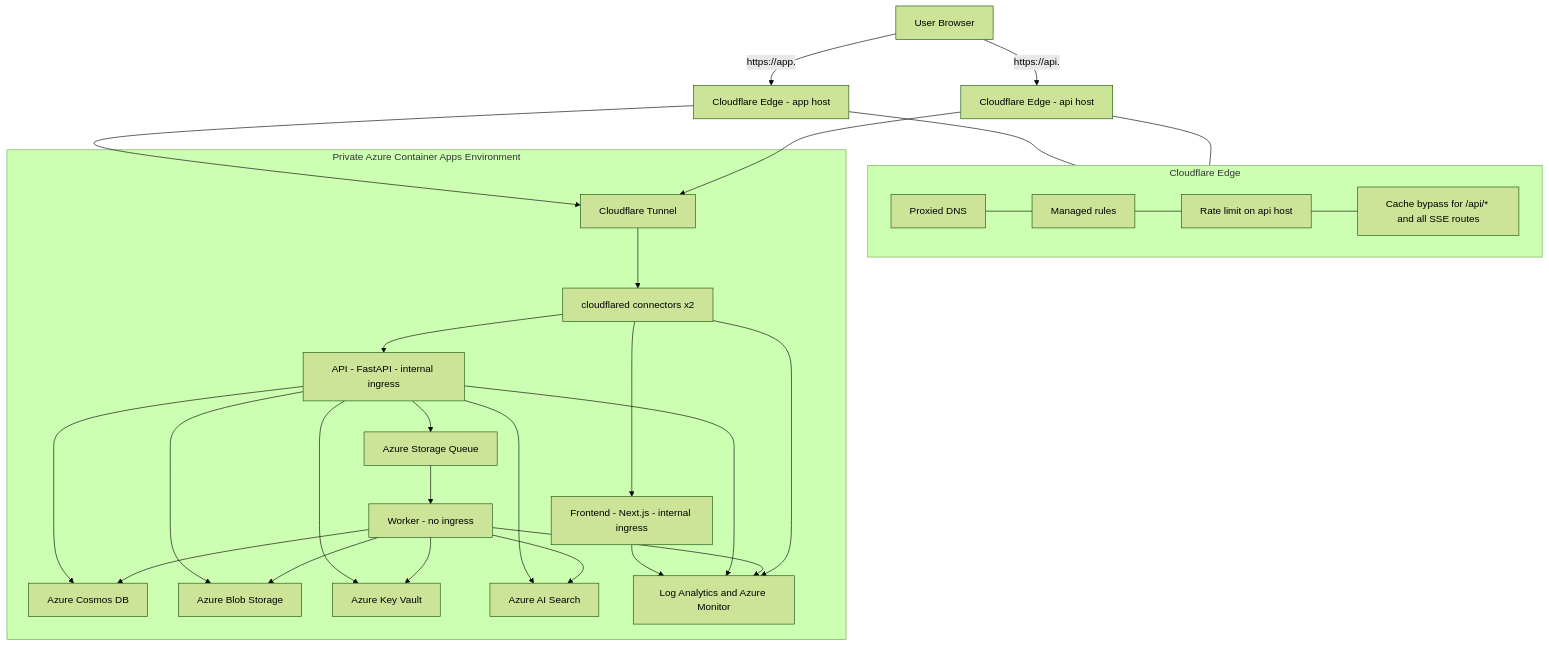
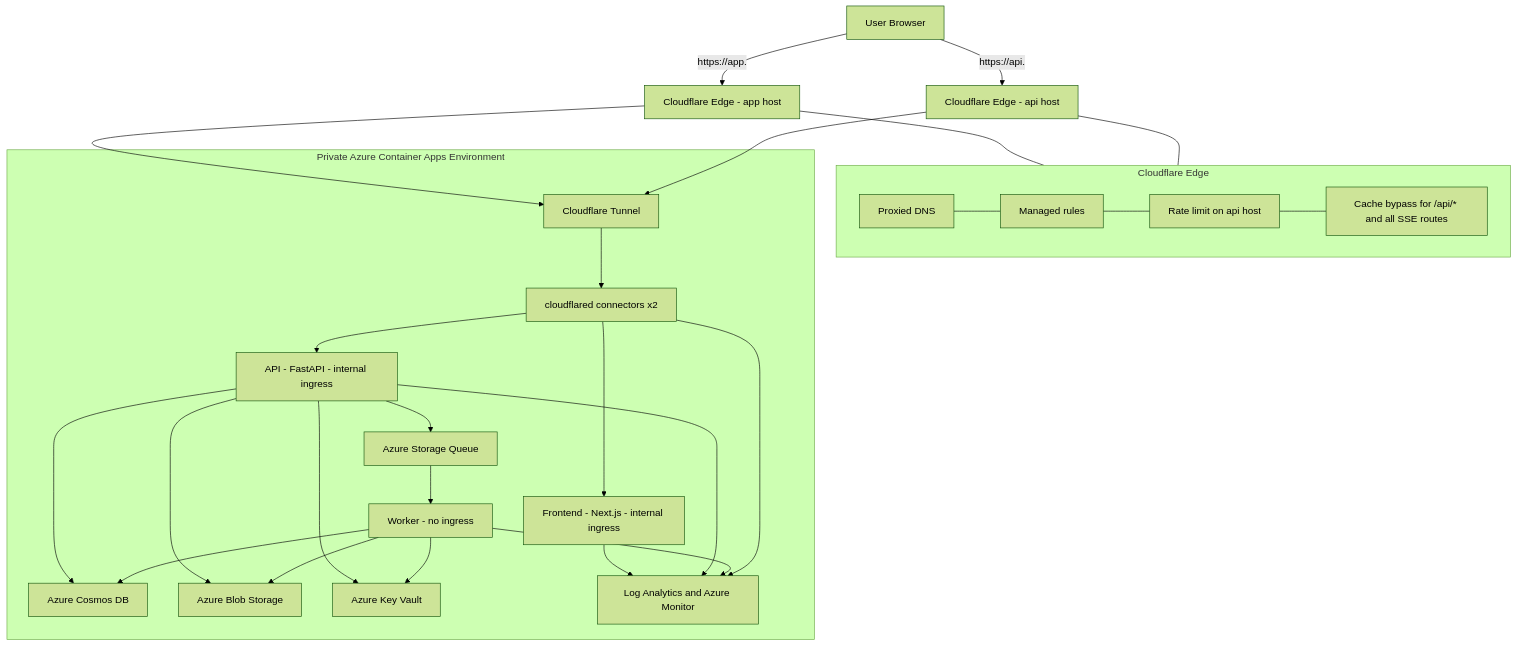
The diagram in docs/topo_v4.md (huytu0702/gtog), drawn with Mermaid (forest theme) before and after one commit. The commit also changed other lines of this file and 1 other file, not shown here.

Commit message:
chore: remove outdated architecture overview documentation
This commit deletes the architecture overview document, which contained detailed descriptions and diagrams of the system's three-tier architecture and components. The removal is part of a cleanup effort to streamline documentation and ensure that only relevant and up-to-date information is maintained.

````diff
--- a/docs/topo_v4.md
+++ b/docs/topo_v4.md
@@ -5,55 +5,52 @@
 ```mermaid
 flowchart TB
   U[User Browser]
 
   U -->|https://app.<domain>| CFAPP[Cloudflare Edge - app host]
   U -->|https://api.<domain>| CFAPI[Cloudflare Edge - api host]
 
   subgraph EDGE[Cloudflare Edge]
     DNS[Proxied DNS]
     WAF[Managed rules]
     RL[Rate limit on api host]
     CACHE[Cache bypass for /api/* and all SSE routes]
     DNS --- WAF --- RL --- CACHE
   end
 
   CFAPP --- EDGE
   CFAPI --- EDGE
 
   CFAPP --> TUNNEL[Cloudflare Tunnel]
   CFAPI --> TUNNEL
 
   subgraph ACA[Private Azure Container Apps Environment]
     CONN[cloudflared connectors x2]
     FE[Frontend - Next.js - internal ingress]
     API[API - FastAPI - internal ingress]
     WORKER[Worker - no ingress]
     QUEUE[Azure Storage Queue]
     COSMOS[Azure Cosmos DB]
     BLOB[Azure Blob Storage]
     KV[Azure Key Vault]
-    SEARCH[Azure AI Search]
     OBS[Log Analytics and Azure Monitor]
 
     TUNNEL --> CONN
     CONN --> FE
     CONN --> API
 
     API --> QUEUE
     API --> COSMOS
     API --> BLOB
     API --> KV
-    API --> SEARCH
 
     QUEUE --> WORKER
     WORKER --> COSMOS
     WORKER --> BLOB
     WORKER --> KV
-    WORKER --> SEARCH
 
     FE --> OBS
     API --> OBS
     WORKER --> OBS
     CONN --> OBS
   end
 ```
````
